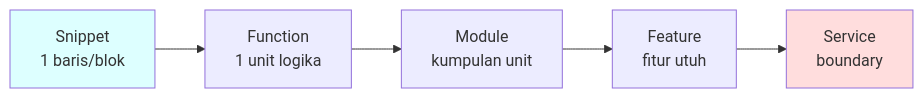
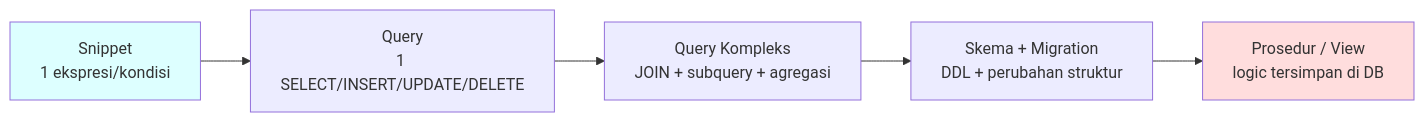
One commit to githubna-ilham/AI_Cursor changed the first of 2 diagrams in Hari-1-Fundamental-DevNotes/Sesi-04-Code-Generation/materi.md. Above: the diagram before and after it, drawn with Mermaid. The commit also changed other lines of this file, not shown here.

````diff
--- a/Hari-1-Fundamental-DevNotes/Sesi-04-Code-Generation/materi.md
+++ b/Hari-1-Fundamental-DevNotes/Sesi-04-Code-Generation/materi.md
@@ -25,9 +25,9 @@
 ```mermaid
 flowchart LR
-    A[Snippet<br/>1 baris/blok] --> B[Function<br/>1 unit logika]
-    B --> C[Module<br/>kumpulan unit]
-    C --> D[Feature<br/>fitur utuh]
-    D --> E[Service<br/>boundary]
+    A[Snippet<br/>1 ekspresi/kondisi] --> B[Query<br/>1 SELECT/INSERT/UPDATE/DELETE]
+    B --> C[Query Kompleks<br/>JOIN + subquery + agregasi]
+    C --> D[Skema + Migration<br/>DDL + perubahan struktur]
+    D --> E[Prosedur / View<br/>logic tersimpan di DB]
     style A fill:#dff
     style E fill:#fdd
 ```
````
